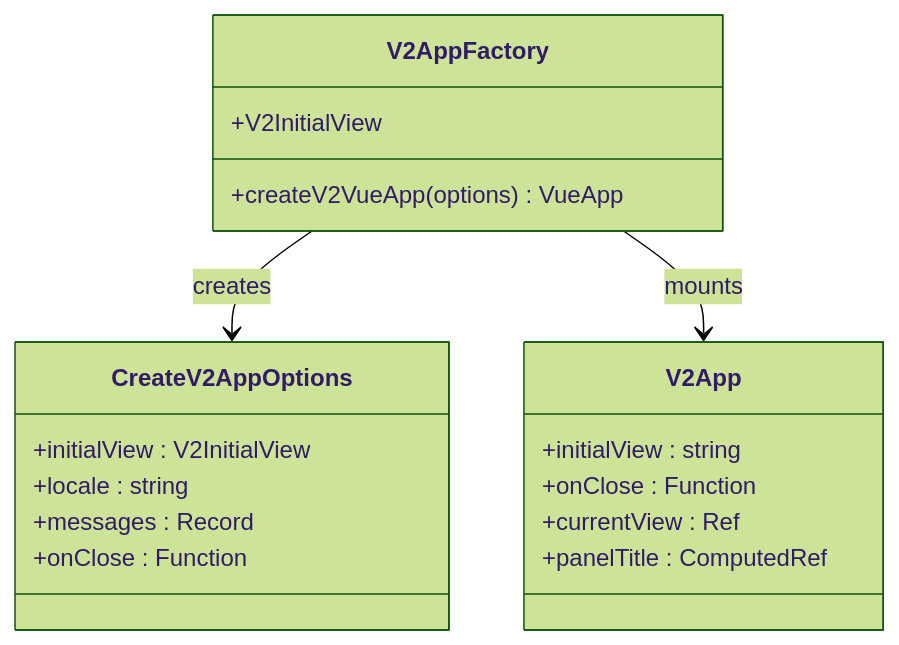
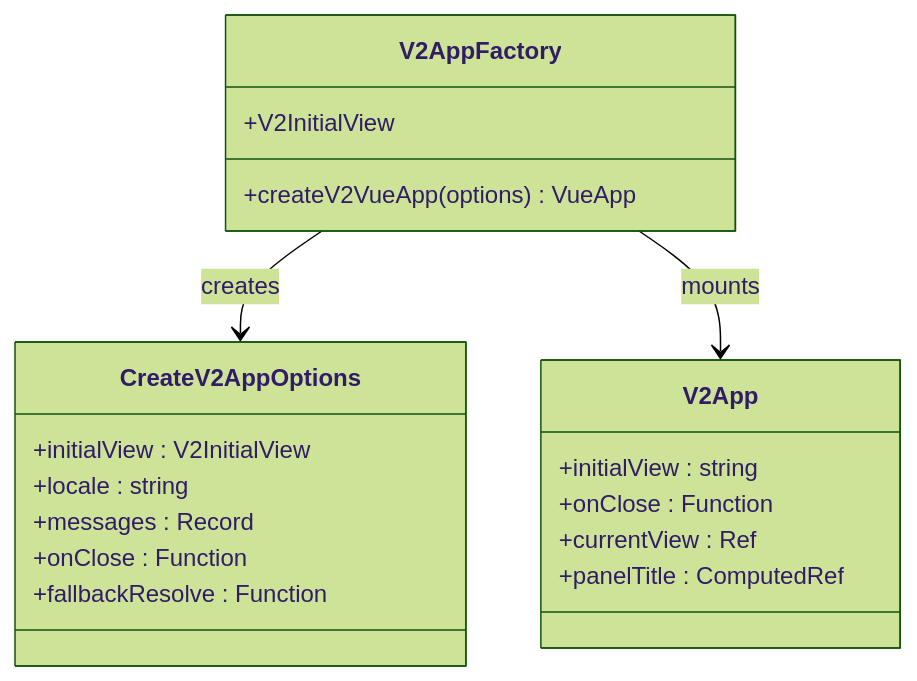
The second of 12 diagrams in .qoder/repowiki/zh/content/用户界面组件/UI V2 迁移规范.md (terwer/siyuan-plugin-publisher), drawn with Mermaid (forest theme) before and after one commit. The commit also changed other lines of this file and 6 other files, not shown here.

First line of the commit message:
docs(architecture): clarify and split workspace shell component responsibilities

````diff
--- a/.qoder/repowiki/zh/content/用户界面组件/UI V2 迁移规范.md
+++ b/.qoder/repowiki/zh/content/用户界面组件/UI V2 迁移规范.md
@@ -115,21 +132,22 @@
 ```mermaid
 classDiagram
 class V2AppFactory {
 +createV2VueApp(options) VueApp
 +V2InitialView
 }
 class CreateV2AppOptions {
 +initialView : V2InitialView
 +locale : string
 +messages : Record
 +onClose : Function
++fallbackResolve : Function
 }
 class V2App {
 +initialView : string
 +onClose : Function
 +currentView : Ref
 +panelTitle : ComputedRef
 }
 V2AppFactory --> CreateV2AppOptions : creates
 V2AppFactory --> V2App : mounts
 ```
````
